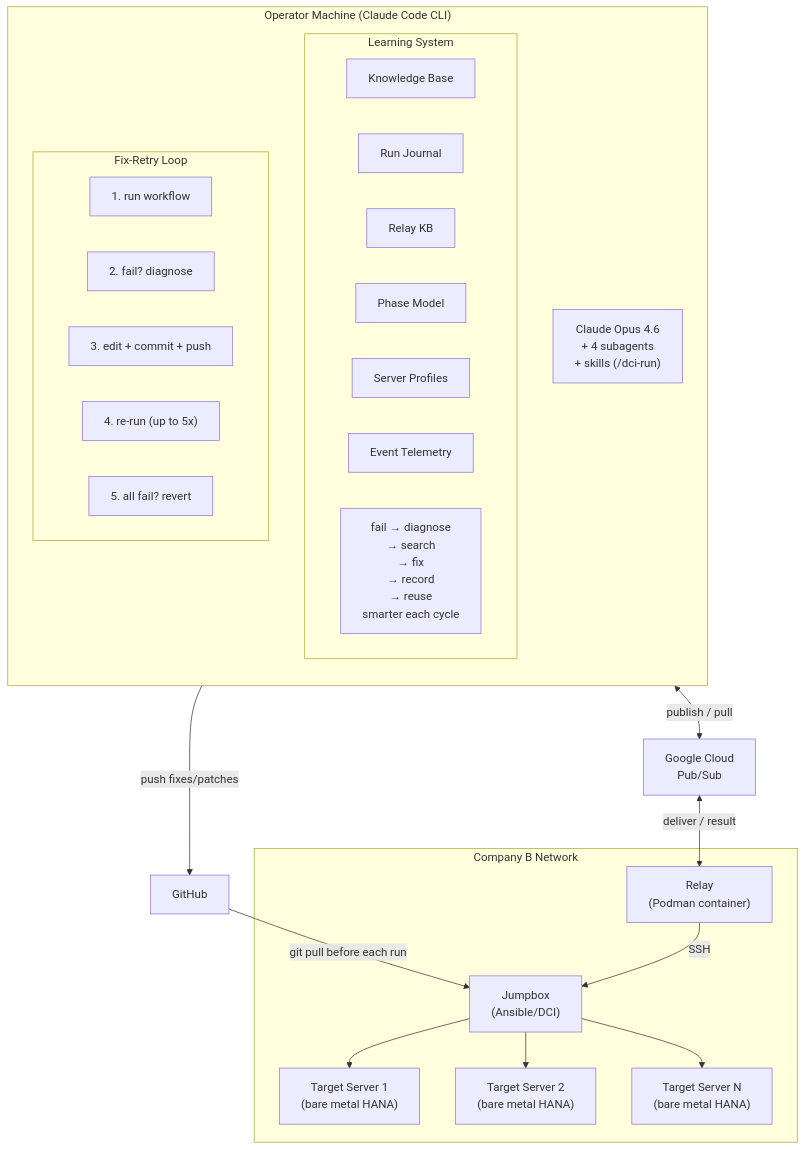
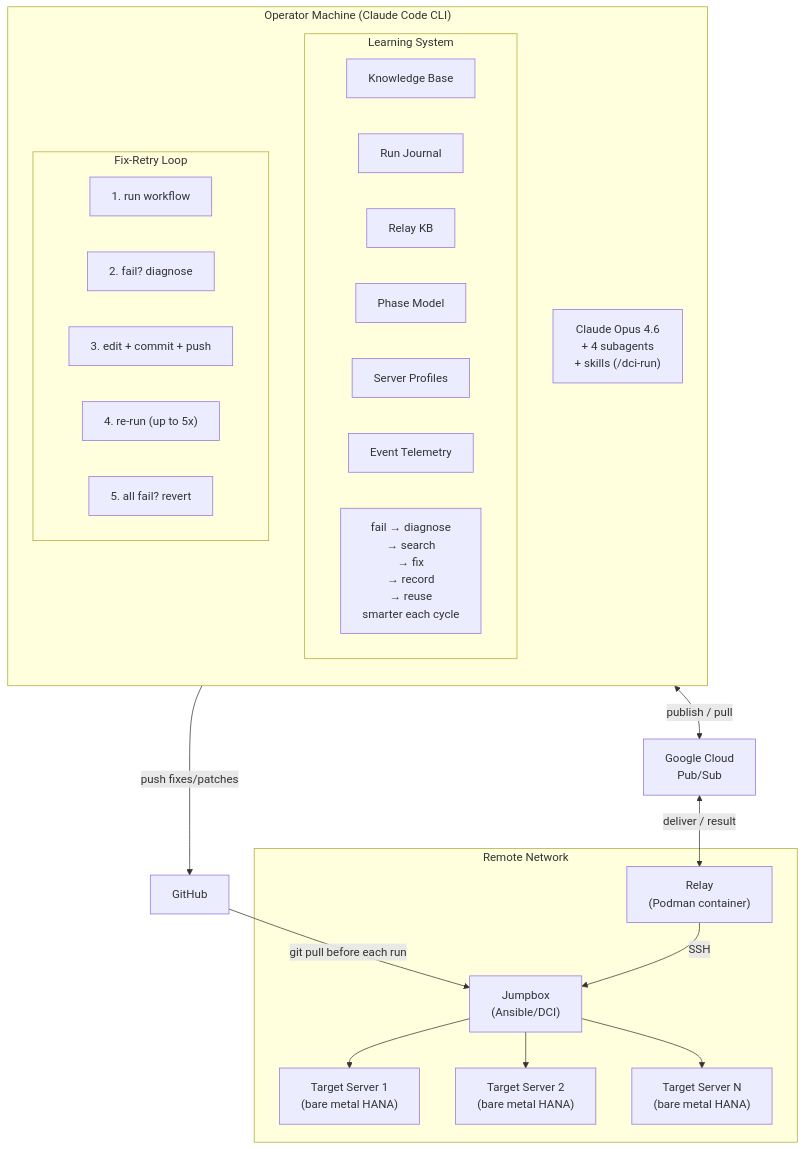
One commit to aisa-b/agentic-dci-workflow-hana-on-rhel changed the diagram in README.md. Above: the diagram before and after it, drawn with Mermaid. The commit also changed other lines of this file and 7 other files, not shown here.

````diff
--- a/README.md
+++ b/README.md
@@ -47,44 +46,44 @@
 ```mermaid
 graph TB
     GH["GitHub"]
 
     subgraph Operator["Operator Machine (Claude Code CLI)"]
         direction TB
         Agent["Claude Opus 4.6<br/>+ 4 subagents<br/>+ skills (/dci-run)"]
         subgraph LS["Learning System"]
             KB["Knowledge Base"]
             RJ["Run Journal"]
             RKB["Relay KB"]
             PM["Phase Model"]
             SP["Server Profiles"]
             ET["Event Telemetry"]
             Cycle["fail → diagnose<br/>  → search<br/>  → fix<br/>  → record<br/>  → reuse<br/>smarter each cycle"]
         end
         subgraph FRL["Fix-Retry Loop"]
             F1["1. run workflow"]
             F2["2. fail? diagnose"]
             F3["3. edit + commit + push"]
             F4["4. re-run (up to 5x)"]
             F5["5. all fail? revert"]
         end
     end
 
     PS["Google Cloud<br/>Pub/Sub"]
 
-    subgraph CompB["Company B Network"]
+    subgraph CompB["Remote Network"]
         Relay["Relay<br/>(Podman container)"]
         Jumpbox["Jumpbox<br/>(Ansible/DCI)"]
         T1["Target Server 1<br/>(bare metal HANA)"]
         T2["Target Server 2<br/>(bare metal HANA)"]
         TN["Target Server N<br/>(bare metal HANA)"]
     end
 
     Operator -->|"push fixes/patches"| GH
     GH -->|"git pull before each run"| Jumpbox
     Agent <-->|"publish / pull"| PS
     PS <-->|"deliver / result"| Relay
     Relay -->|"SSH"| Jumpbox
     Jumpbox --> T1
     Jumpbox --> T2
     Jumpbox --> TN
 ```
````
